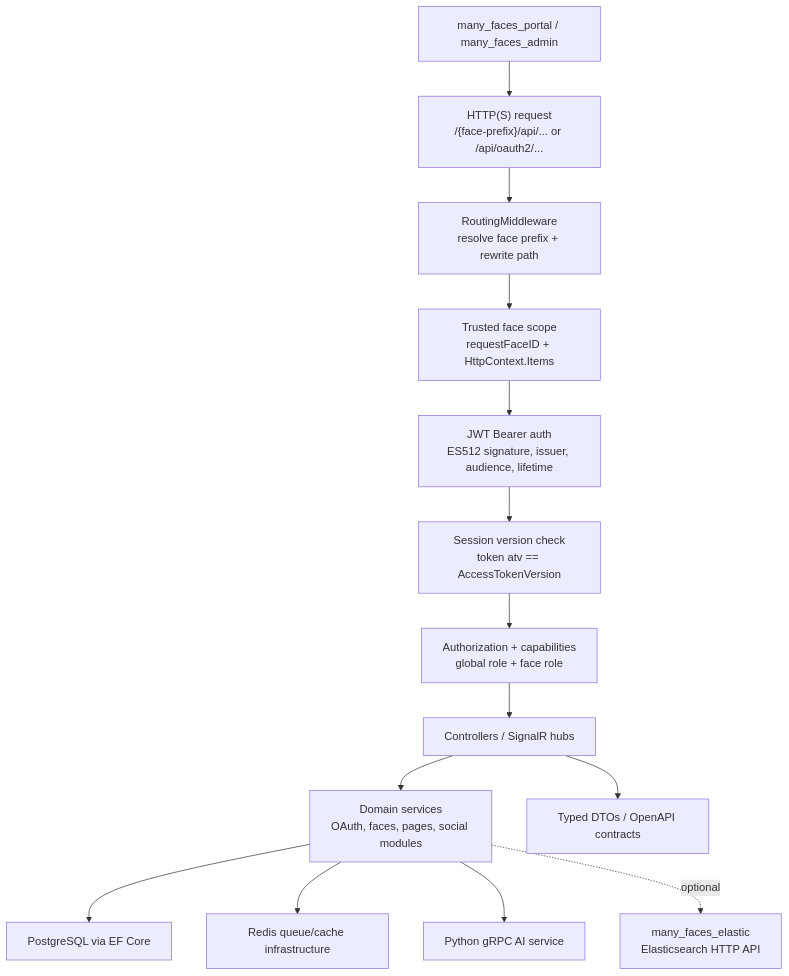
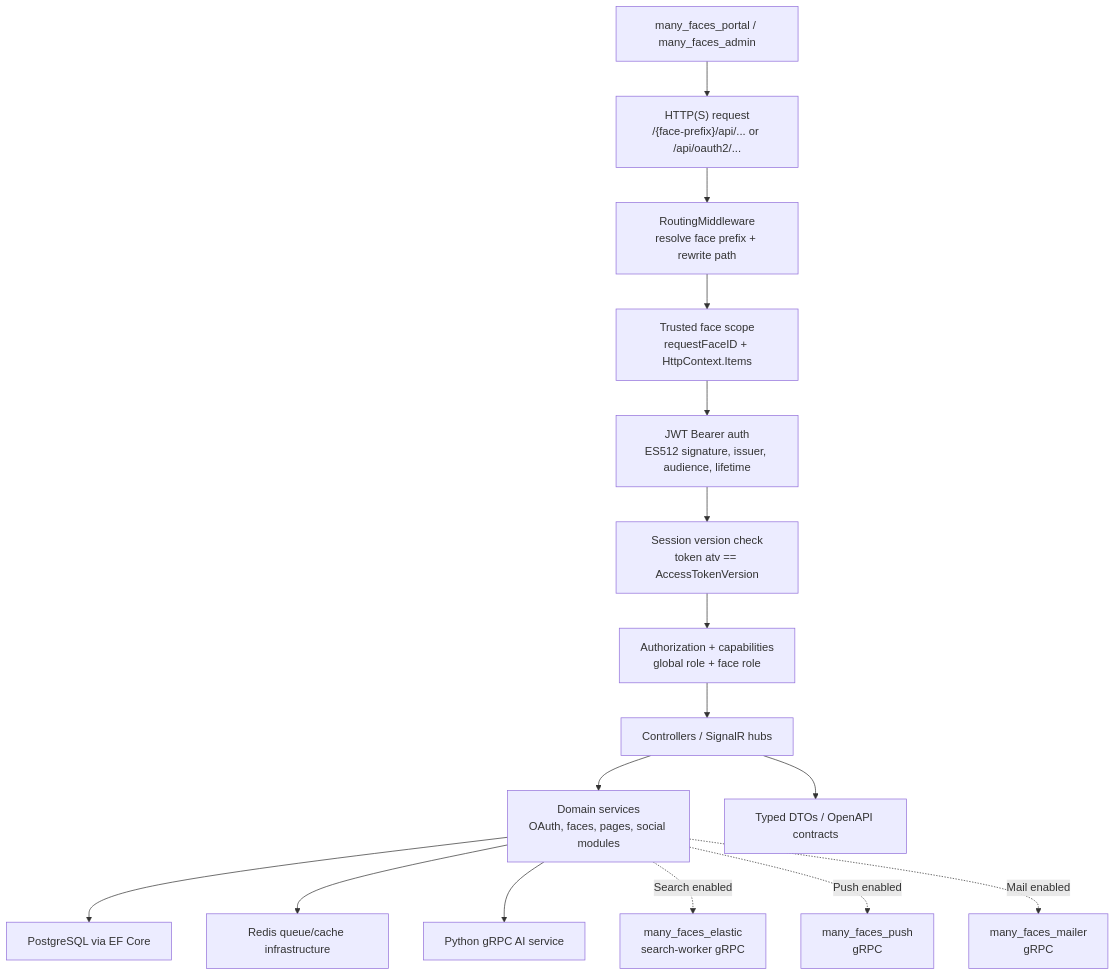
The tenth of 13 diagrams in README.md (01laky/mfai_demo), drawn with Mermaid before and after one commit. The commit also changed other lines of this file and 3 other files, not shown here.

First line of the commit message:
docs: align root architecture diagrams with worker stack

````diff
--- a/README.md
+++ b/README.md
@@ -296,16 +300,18 @@
 ```mermaid
 flowchart TD
     client["many_faces_portal / many_faces_admin"] --> request["HTTP(S) request<br/>/{face-prefix}/api/... or /api/oauth2/..."]
     request --> routing["RoutingMiddleware<br/>resolve face prefix + rewrite path"]
     routing --> scope["Trusted face scope<br/>requestFaceID + HttpContext.Items"]
     scope --> auth["JWT Bearer auth<br/>ES512 signature, issuer, audience, lifetime"]
     auth --> session["Session version check<br/>token atv == AccessTokenVersion"]
     session --> acl["Authorization + capabilities<br/>global role + face role"]
     acl --> controllers["Controllers / SignalR hubs"]
     controllers --> services["Domain services<br/>OAuth, faces, pages, social modules"]
     services --> db["PostgreSQL via EF Core"]
     services --> redis["Redis queue/cache infrastructure"]
     services --> ai["Python gRPC AI service"]
-    services -.->|"optional"| es["many_faces_elastic<br/>Elasticsearch HTTP API"]
+    services -.->|"Search enabled"| swg["many_faces_elastic<br/>search-worker gRPC"]
+    services -.->|"Push enabled"| pwg["many_faces_push<br/>gRPC"]
+    services -.->|"Mail enabled"| mwg["many_faces_mailer<br/>gRPC"]
     controllers --> dto["Typed DTOs / OpenAPI contracts"]
 ```
````
